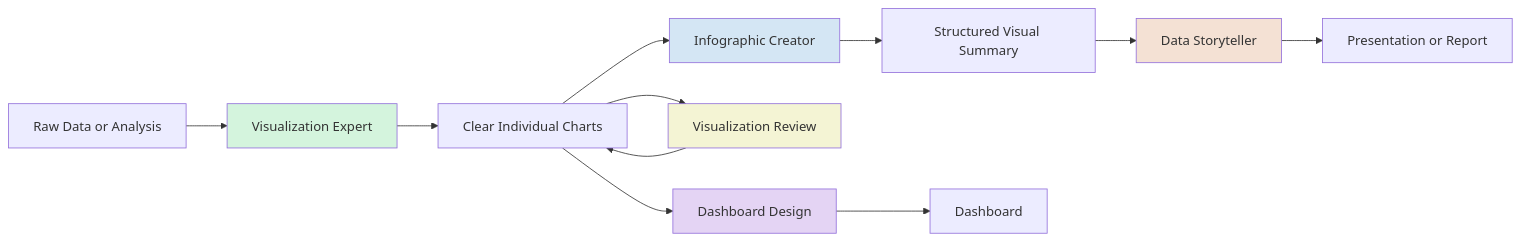
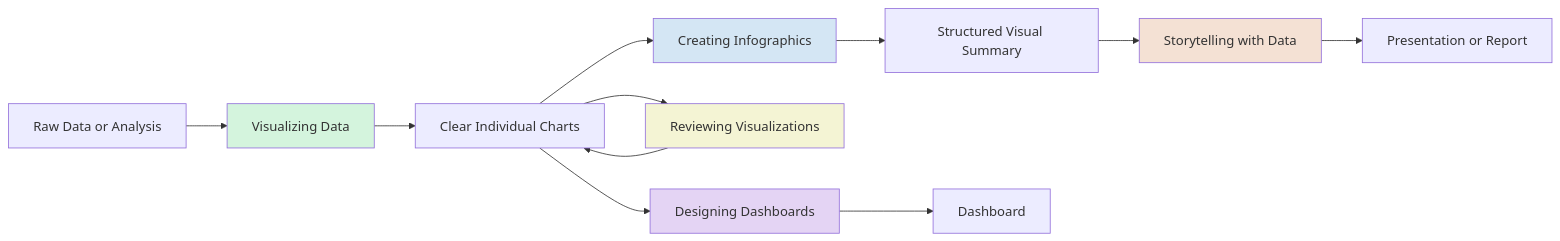
Before and after one commit to oh-da/dataink: the first of 2 diagrams in README.md, drawn with Mermaid. The commit also changed other lines of this file, not shown here.

````diff
--- a/README.md
+++ b/README.md
@@ -38,27 +76,25 @@
 ```mermaid
 flowchart LR
 
-A[Raw Data or Analysis] --> B[Visualization Expert]
+A[Raw Data or Analysis] --> B[Visualizing Data]
 
 B --> C[Clear Individual Charts]
 
-C --> D[Infographic Creator]
-
+C --> D[Creating Infographics]
 D --> E[Structured Visual Summary]
 
-E --> F[Data Storyteller]
-
+E --> F[Storytelling with Data]
 F --> G[Presentation or Report]
 
-C --> H[Visualization Review]
+C --> H[Reviewing Visualizations]
 H --> C
 
-C --> I[Dashboard Design]
+C --> I[Designing Dashboards]
 I --> J[Dashboard]
 
 style B fill:#d4f4dd
 style D fill:#d4e6f4
 style F fill:#f4e1d4
 style H fill:#f4f4d4
 style I fill:#e4d4f4
 ```
````
